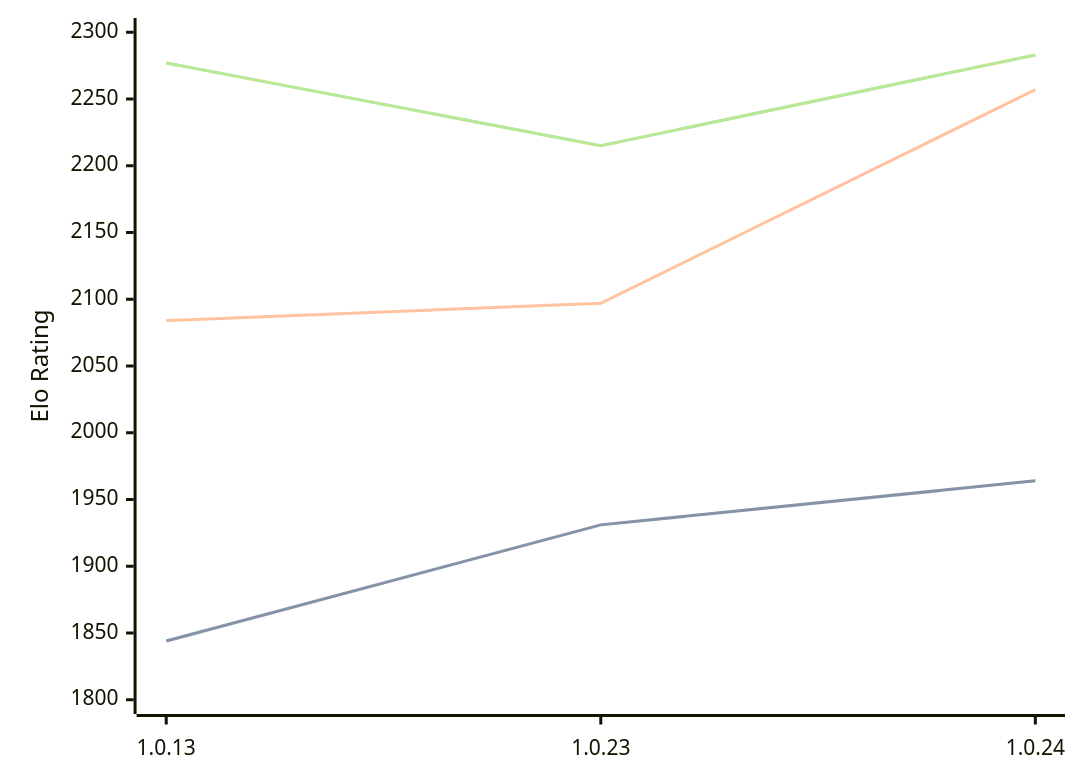
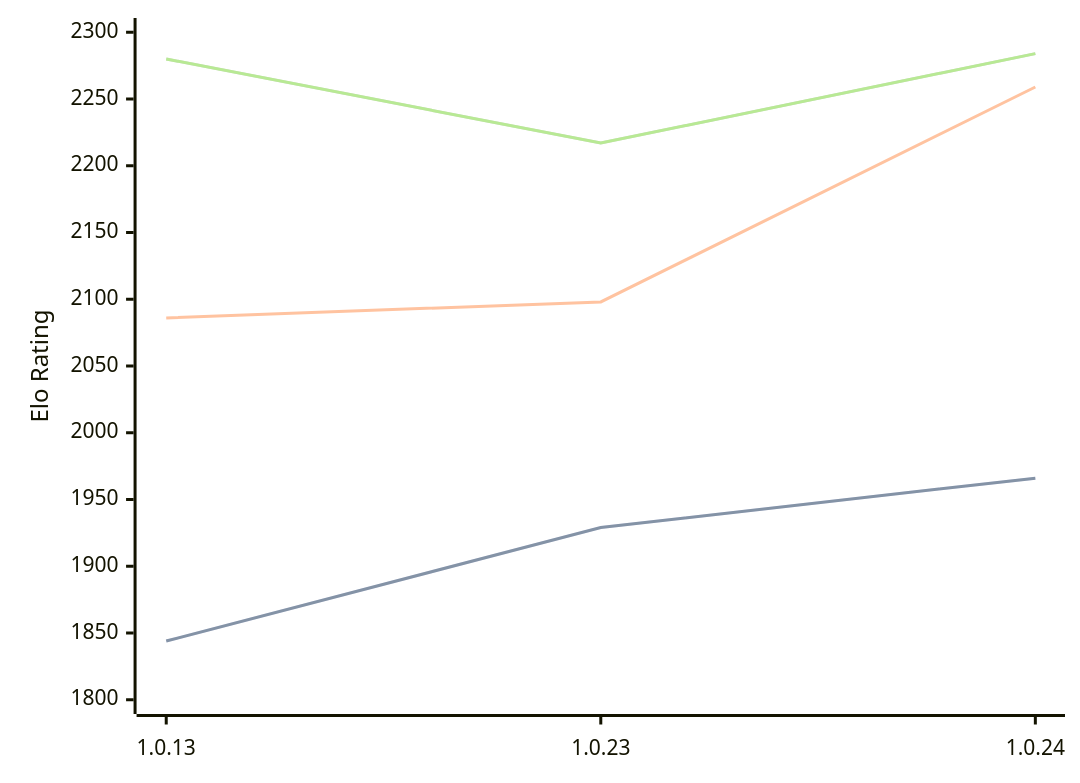
Before and after one commit to computer-chess-index/cci: the diagram in engines/RustyRival.md, drawn with Mermaid. The commit also changed other lines of this file, not shown here.

Commit message:
Update CCI Ratings (ELO VLTC) - 2026-02-20

````diff
--- a/engines/RustyRival.md
+++ b/engines/RustyRival.md
@@ -53,11 +53,11 @@
 ```mermaid
 %%{init: {"theme":"base","themeVariables":{"seriesColors:['#a3a3a3','#222221','#faa371']}}}%%
 xychart-beta
   x-axis ["1.0.13", "1.0.23", "1.0.24"]
   y-axis "Elo Rating" 1800 --> 2300
-  line "STC (8.0+0.08s)" [1844, 1931, 1964]
-  line "STC (8.0+0.08s)" [1844, 1931, 1964]
-  line "LTC (60.0+0.60s)" [2084, 2097, 2257]
-  line "VLTC (2m24s+1.12s)" [2277, 2215, 2283]
-  line "VLTC (2m24s+1.12s)" [2277, 2215, 2283]
+  line "STC (8.0+0.08s)" [1844, 1929, 1966]
+  line "STC (8.0+0.08s)" [1844, 1929, 1966]
+  line "LTC (60.0+0.60s)" [2086, 2098, 2259]
+  line "VLTC (2m24s+1.12s)" [2280, 2217, 2284]
+  line "VLTC (2m24s+1.12s)" [2280, 2217, 2284]
 ```
````
